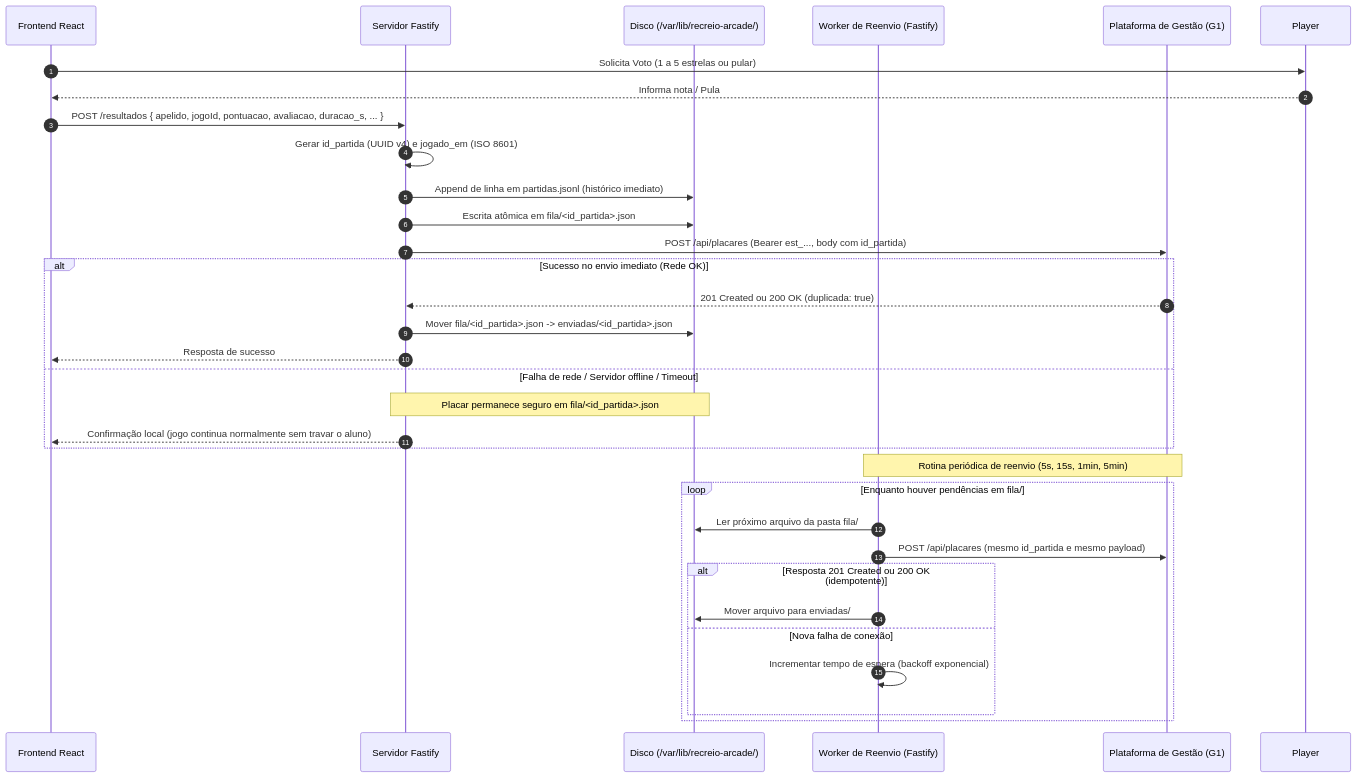
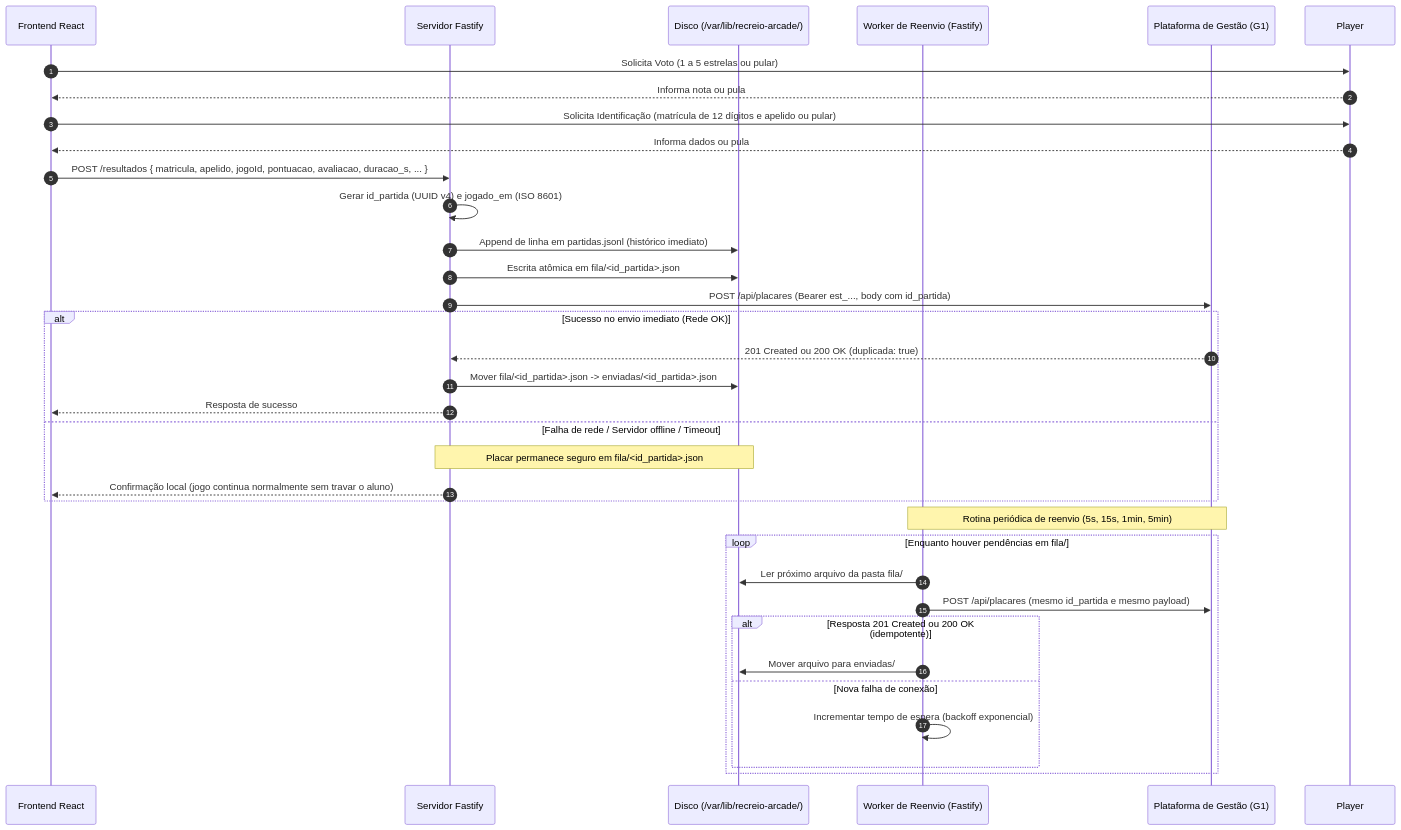
Before and after one commit to 2004Maycon/Fliperama-: the fourth of 6 diagrams in docs/planejamento/arquitetura.md, drawn with Mermaid. The commit also changed other lines of this file and 2 other files, not shown here.

````diff
--- a/docs/planejamento/arquitetura.md
+++ b/docs/planejamento/arquitetura.md
@@ -270,39 +270,41 @@
 ```mermaid
 sequenceDiagram
     autonumber
     participant UI as Frontend React
     participant Fastify as Servidor Fastify
     participant Disk as Disco (/var/lib/recreio-arcade/)
     participant Queue as Worker de Reenvio (Fastify)
     participant API_G1 as Plataforma de Gestão (G1)
 
     UI->>Player: Solicita Voto (1 a 5 estrelas ou pular)
-    Player-->>UI: Informa nota / Pula
-    UI->>Fastify: POST /resultados { apelido, jogoId, pontuacao, avaliacao, duracao_s, ... }
+    Player-->>UI: Informa nota ou pula
+    UI->>Player: Solicita Identificação (matrícula de 12 dígitos e apelido ou pular)
+    Player-->>UI: Informa dados ou pula
+    UI->>Fastify: POST /resultados { matricula, apelido, jogoId, pontuacao, avaliacao, duracao_s, ... }
 
     Fastify->>Fastify: Gerar id_partida (UUID v4) e jogado_em (ISO 8601)
     Fastify->>Disk: Append de linha em partidas.jsonl (histórico imediato)
     Fastify->>Disk: Escrita atômica em fila/<id_partida>.json
 
     Fastify->>API_G1: POST /api/placares (Bearer est_..., body com id_partida)
 
     alt Sucesso no envio imediato (Rede OK)
         API_G1-->>Fastify: 201 Created ou 200 OK (duplicada: true)
         Fastify->>Disk: Mover fila/<id_partida>.json -> enviadas/<id_partida>.json
         Fastify-->>UI: Resposta de sucesso
     else Falha de rede / Servidor offline / Timeout
         Note over Fastify,Disk: Placar permanece seguro em fila/<id_partida>.json
         Fastify-->>UI: Confirmação local (jogo continua normalmente sem travar o aluno)
     end
 
     Note over Queue,API_G1: Rotina periódica de reenvio (5s, 15s, 1min, 5min)
     loop Enquanto houver pendências em fila/
         Queue->>Disk: Ler próximo arquivo da pasta fila/
         Queue->>API_G1: POST /api/placares (mesmo id_partida e mesmo payload)
         alt Resposta 201 Created ou 200 OK (idempotente)
             Queue->>Disk: Mover arquivo para enviadas/
         else Nova falha de conexão
             Queue->>Queue: Incrementar tempo de espera (backoff exponencial)
         end
     end
 ```
````
